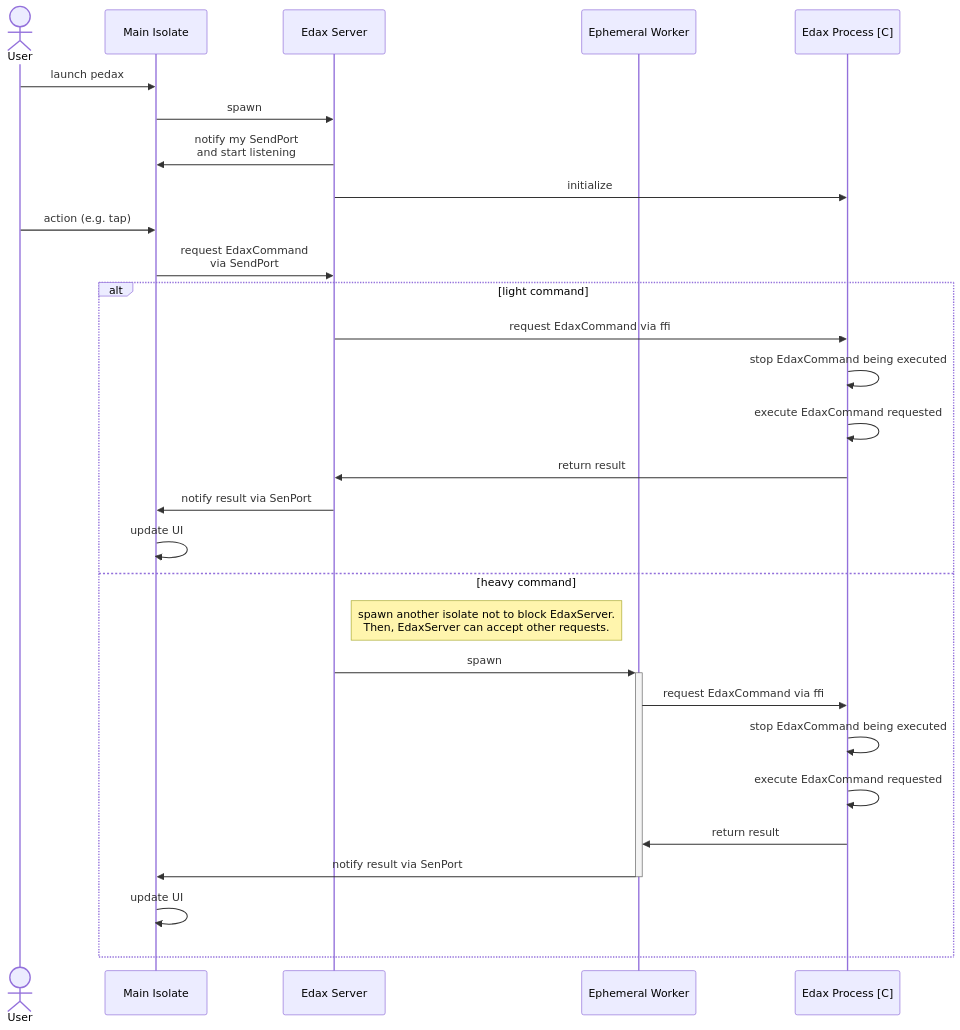
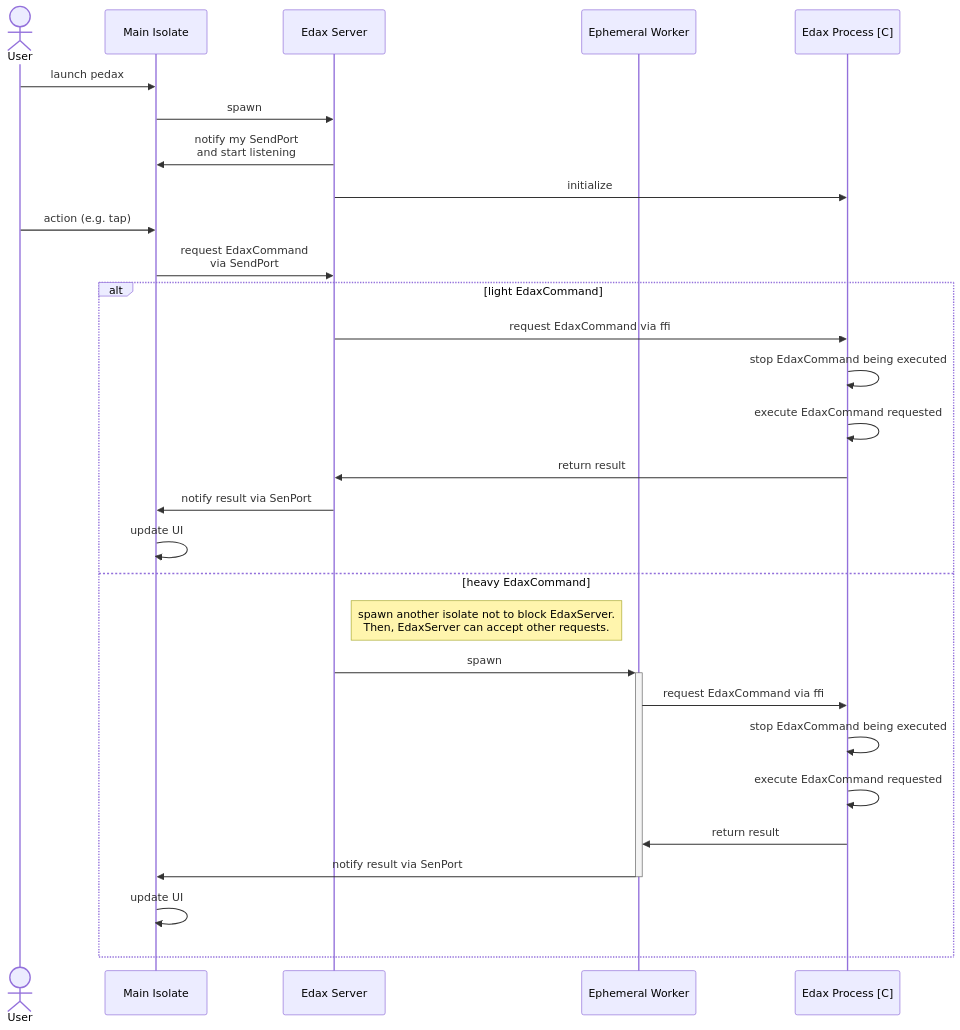
The diagram in README.md (sensuikan1973/pedax), drawn with Mermaid before and after one commit.

````diff
--- a/README.md
+++ b/README.md
@@ -50,41 +50,41 @@
 ```mermaid
 %% https://mermaid-js.github.io/mermaid/#/sequenceDiagram
 sequenceDiagram
   actor User
   participant MainIsolate as Main Isolate
   participant EdaxServer as Edax Server
   participant EphemeralWorker as Ephemeral Worker
   participant EdaxProcess as Edax Process [C]
 
   link EdaxServer: source @ https://github.com/sensuikan1973/pedax/tree/main/lib/engine
   link EdaxServer: caller @ https://github.com/sensuikan1973/pedax/blob/main/lib/models/board_notifier.dart
   link EphemeralWorker: source @ https://github.com/sensuikan1973/pedax/tree/main/lib/engine
   link EdaxProcess: binding source (Dart) @ https://github.com/sensuikan1973/libedax4dart
   link EdaxProcess: origin source(C) @ https://github.com/sensuikan1973/edax-reversi/tree/libedax_sensuikan1973
 
   User ->> MainIsolate: launch pedax
   MainIsolate ->> EdaxServer: spawn
   EdaxServer ->> MainIsolate: notify my SendPort<br/>and start listening
   EdaxServer ->> EdaxProcess: initialize
 
   User ->> MainIsolate: action (e.g. tap)
   MainIsolate ->> EdaxServer: request EdaxCommand<br/>via SendPort
 
-  alt light command
+  alt light EdaxCommand
     EdaxServer ->> EdaxProcess: request EdaxCommand via ffi
     EdaxProcess ->> EdaxProcess: stop EdaxCommand being executed
     EdaxProcess ->> EdaxProcess: execute EdaxCommand requested
     EdaxProcess ->> EdaxServer: return result
     EdaxServer ->> MainIsolate: notify result via SenPort
     MainIsolate ->> MainIsolate: update UI
-  else heavy command
+  else heavy EdaxCommand
     note right of EdaxServer: spawn another isolate not to block EdaxServer.<br>Then, EdaxServer can accept other requests.
     EdaxServer ->>+ EphemeralWorker: spawn
     EphemeralWorker ->> EdaxProcess: request EdaxCommand via ffi
     EdaxProcess ->> EdaxProcess: stop EdaxCommand being executed
     EdaxProcess ->> EdaxProcess: execute EdaxCommand requested
     EdaxProcess ->> EphemeralWorker: return result
     EphemeralWorker ->>- MainIsolate: notify result via SenPort
     MainIsolate ->> MainIsolate: update UI
   end
 ```
````
